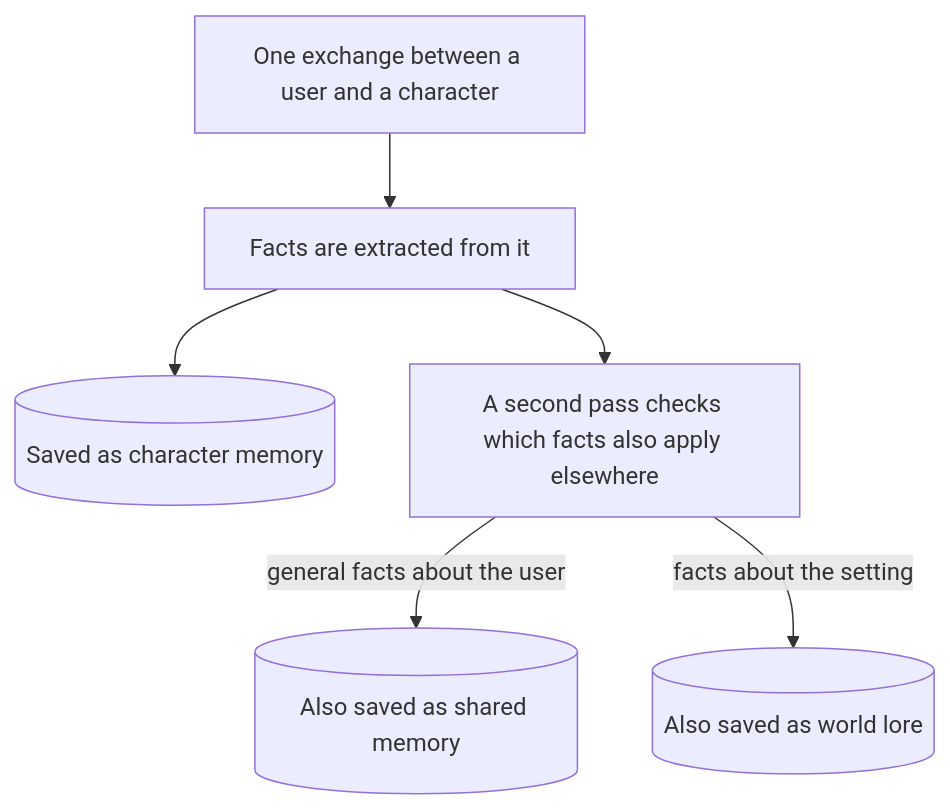
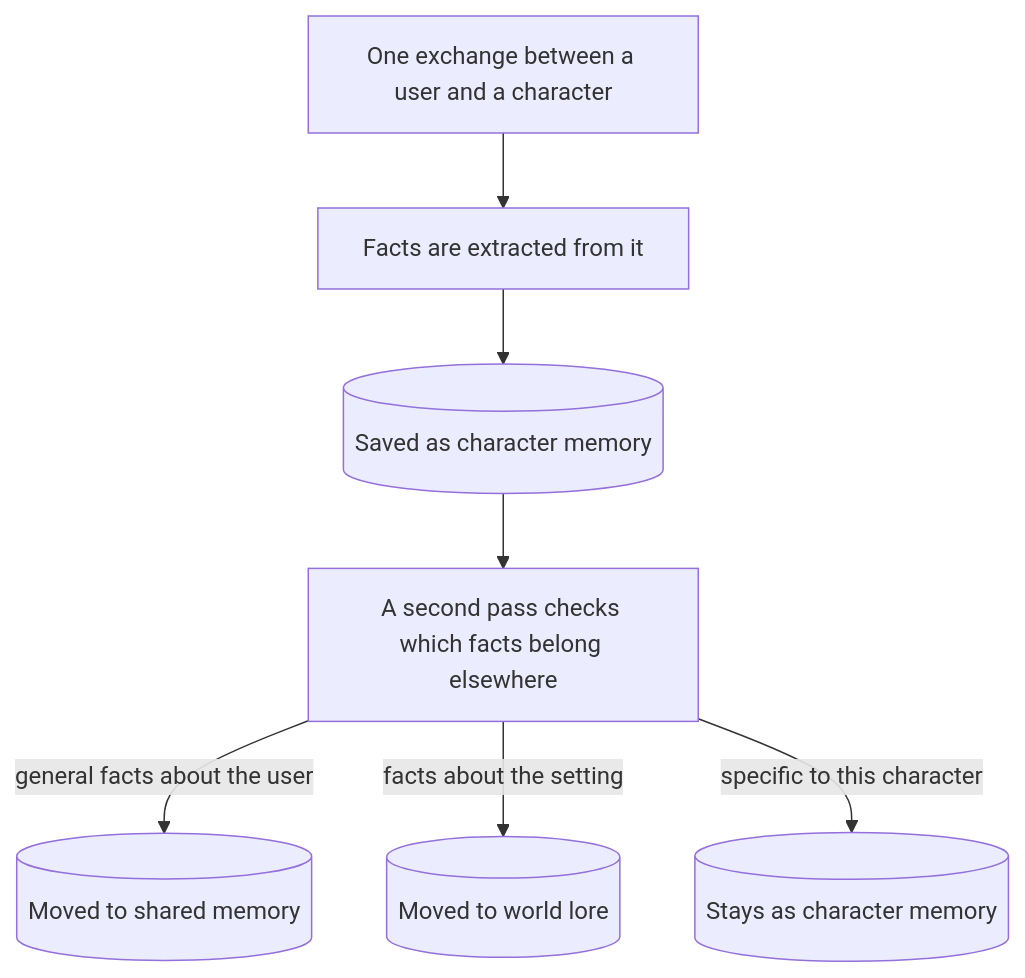
One commit to chuyaowang/local-sillytavern-with-memory changed the second of 3 diagrams in docs/wiki/Memory-System.md. Above: the diagram before and after it, drawn with Mermaid. The commit also changed other lines of this file and 1 other file, not shown here.

Commit message:
feat(mem0-service): move facts to shared/world scope instead of mirroring
Facts classified as shared- or world-relevant were previously copied
into the new scope while the character-scoped original stayed too, so a
query pulling both scopes for a relevant question would inject the same
fact twice (once labeled as a memory, once as world lore). A memory
should only ever live in one scope.

classify_facts() now carries each fact's original memory id alongside
its text (not just text), so add_memory() can delete the character-
scoped original once it's been successfully written into its new scope
-- deletion only happens after the move succeeds, so a failed write
never loses data, and reuses mem0's own delete() (which already cleans
up entity-store links, confirmed in the prior commit's investigation).

Verified end-to-end: of 5 facts extracted from one exchange, the 3
classified as shared/world moved cleanly (gone from character scope,
present in their new scope, no duplication), while the 1 genuinely
character-specific fact stayed put.

Also updates Memory-System.md's "Sorting a memory" section and diagram
to describe move semantics instead of mirroring.

````diff
--- a/docs/wiki/Memory-System.md
+++ b/docs/wiki/Memory-System.md
@@ -44,8 +44,9 @@
 ```mermaid
 flowchart TD
     msg["One exchange between a user and a character"] --> extract["Facts are extracted from it"]
     extract --> charmem[("Saved as character memory")]
-    extract --> classify["A second pass checks which facts also apply elsewhere"]
-    classify -->|"general facts about the user"| sharedmem[("Also saved as shared memory")]
-    classify -->|"facts about the setting"| worldmem[("Also saved as world lore")]
+    charmem --> classify["A second pass checks which facts belong elsewhere"]
+    classify -->|"general facts about the user"| sharedmem[("Moved to shared memory")]
+    classify -->|"facts about the setting"| worldmem[("Moved to world lore")]
+    classify -->|"specific to this character"| stays[("Stays as character memory")]
 ```
````
